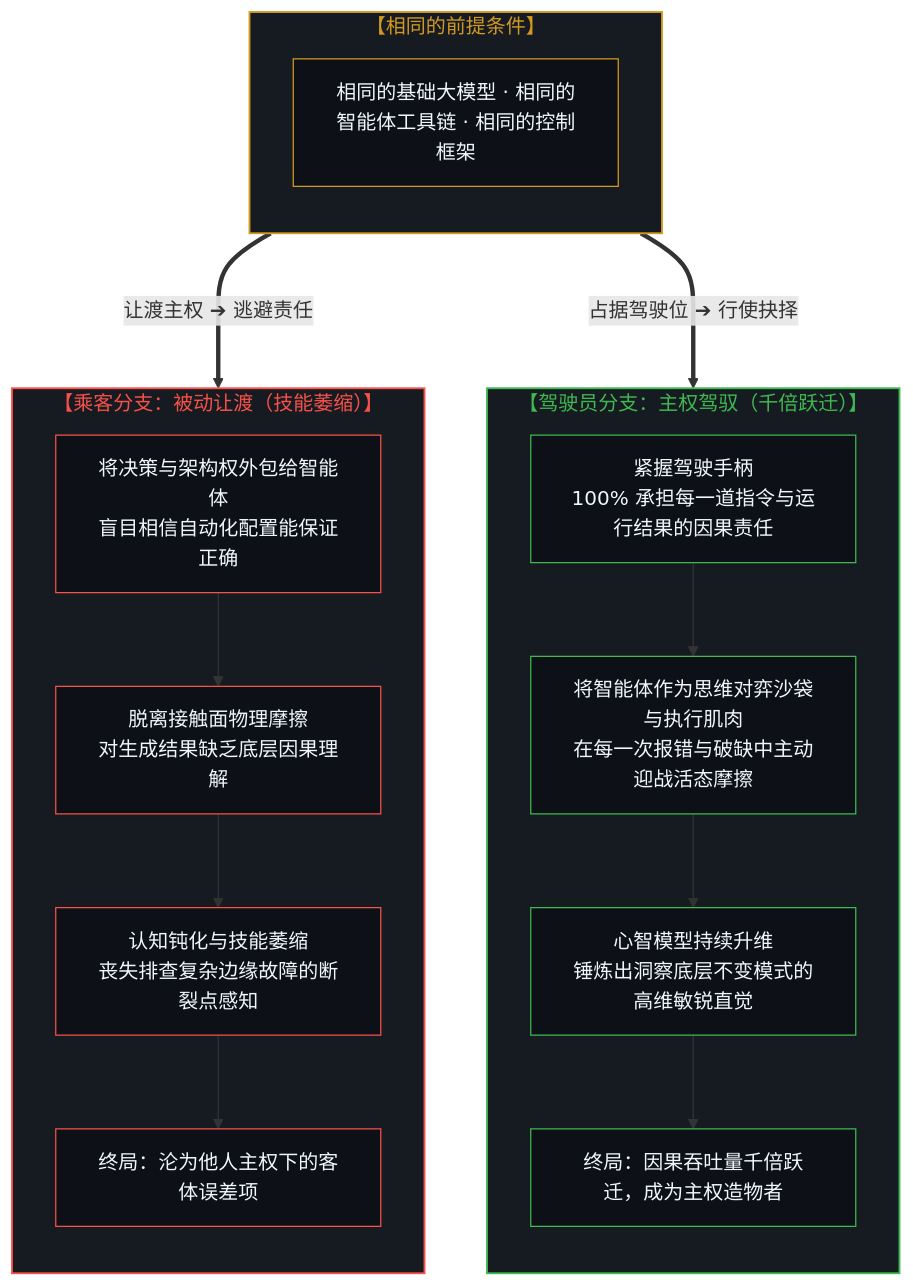
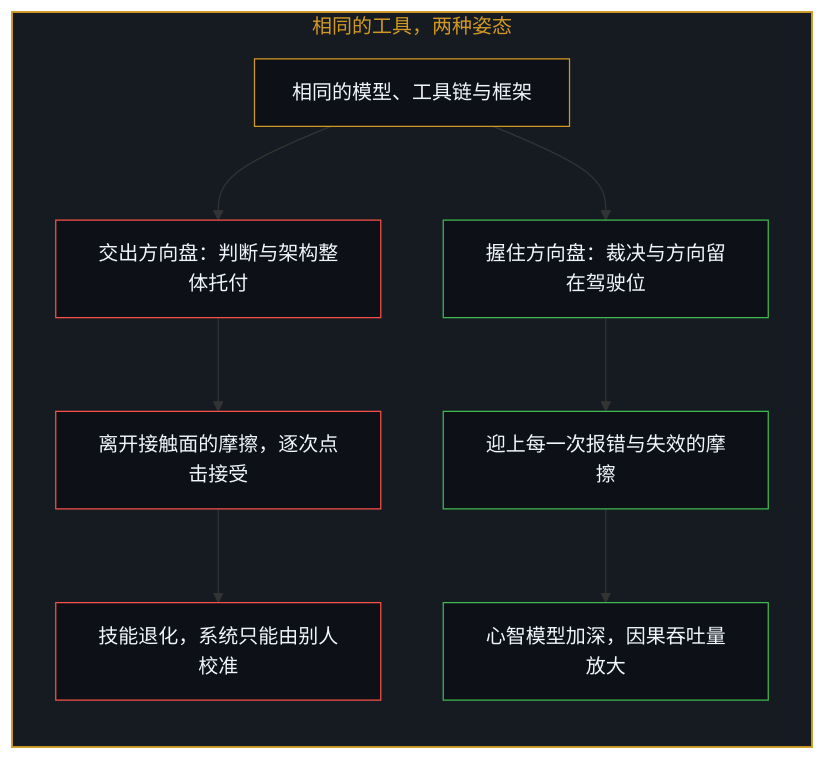
The seventh of 10 diagrams in content/posts/the-inversion-of-the-harness-and-the-driver-seat-asymmetry.md (powerpig99/not-a-toe), drawn with Mermaid before and after one commit. The commit also changed other lines of this file and 2 other files, not shown here.

Commit message:
Refine the-inversion-of-the-harness: alternating bilingual layout, five paired diagrams, stances not kinds of people, implicit first person

````diff
--- a/content/posts/the-inversion-of-the-harness-and-the-driver-seat-asymmetry.md
+++ b/content/posts/the-inversion-of-the-harness-and-the-driver-seat-asymmetry.md
@@ -208,41 +207,28 @@
 ```mermaid
-graph TD
-    subgraph S_Input["【相同的前提条件】"]
+flowchart TD
+    subgraph S_Seat["相同的工具，两种姿态"]
         direction TB
-        U0["相同的基础大模型 · 相同的智能体工具链 · 相同的控制框架"]
+        Same["相同的模型、工具链与框架"]
+        Hand["交出方向盘：判断与架构整体托付"]
+        Off["离开接触面的摩擦，逐次点击接受"]
+        Fade["技能退化，系统只能由别人校准"]
+        Hold["握住方向盘：裁决与方向留在驾驶位"]
+        Meet["迎上每一次报错与失效的摩擦"]
+        Deepen["心智模型加深，因果吞吐量放大"]
+        Same --> Hand
+        Hand --> Off
+        Off --> Fade
+        Same --> Hold
+        Hold --> Meet
+        Meet --> Deepen
     end
 
-    subgraph S_Passive["【乘客分支：被动让渡（技能萎缩）】"]
-        direction TB
-        P1["将决策与架构权外包给智能体<br/>盲目相信自动化配置能保证正确"]
-        P2["脱离接触面物理摩擦<br/>对生成结果缺乏底层因果理解"]
-        P3["认知钝化与技能萎缩<br/>丧失排查复杂边缘故障的断裂点感知"]
-        P4["终局：沦为他人主权下的客体误差项"]
-        P1 --> P2 --> P3 --> P4
-    end
-
-    subgraph S_Active["【驾驶员分支：主权驾驭（千倍跃迁）】"]
-        direction TB
-        A1["紧握驾驶手柄<br/>100% 承担每一道指令与运行结果的因果责任"]
-        A2["将智能体作为思维对弈沙袋与执行肌肉<br/>在每一次报错与破缺中主动迎战活态摩擦"]
-        A3["心智模型持续升维<br/>锤炼出洞察底层不变模式的高维敏锐直觉"]
-        A4["终局：因果吞吐量千倍跃迁，成为主权造物者"]
-        A1 --> A2 --> A3 --> A4
-    end
-
-    S_Input ===>|"让渡主权 ➔ 逃避责任"| S_Passive
-    S_Input ===>|"占据驾驶位 ➔ 行使抉择"| S_Active
-
-    style S_Input fill:#161b22,stroke:#d29922,stroke-width:1.5px,color:#d29922
-    style S_Passive fill:#161b22,stroke:#f85149,stroke-width:1.5px,color:#f85149
-    style S_Active fill:#161b22,stroke:#3fb950,stroke-width:1.5px,color:#3fb950
-    style U0 fill:#0d1117,stroke:#d29922,stroke-width:1px,color:#f0f6fc
-    style P1 fill:#0d1117,stroke:#f85149,stroke-width:1px,color:#f0f6fc
-    style P2 fill:#0d1117,stroke:#f85149,stroke-width:1px,color:#f0f6fc
-    style P3 fill:#0d1117,stroke:#f85149,stroke-width:1px,color:#f0f6fc
-    style P4 fill:#0d1117,stroke:#f85149,stroke-width:1px,color:#f0f6fc
-    style A1 fill:#0d1117,stroke:#3fb950,stroke-width:1px,color:#f0f6fc
-    style A2 fill:#0d1117,stroke:#3fb950,stroke-width:1px,color:#f0f6fc
-    style A3 fill:#0d1117,stroke:#3fb950,stroke-width:1px,color:#f0f6fc
-    style A4 fill:#0d1117,stroke:#3fb950,stroke-width:1px,color:#f0f6fc
+    style S_Seat fill:#161b22,stroke:#d29922,stroke-width:1.5px,color:#d29922
+    style Same fill:#0d1117,stroke:#d29922,stroke-width:1px,color:#f0f6fc
+    style Hand fill:#0d1117,stroke:#f85149,stroke-width:1px,color:#f0f6fc
+    style Off fill:#0d1117,stroke:#f85149,stroke-width:1px,color:#f0f6fc
+    style Fade fill:#0d1117,stroke:#f85149,stroke-width:1px,color:#f0f6fc
+    style Hold fill:#0d1117,stroke:#3fb950,stroke-width:1px,color:#f0f6fc
+    style Meet fill:#0d1117,stroke:#3fb950,stroke-width:1px,color:#f0f6fc
+    style Deepen fill:#0d1117,stroke:#3fb950,stroke-width:1px,color:#f0f6fc
 ```
````
